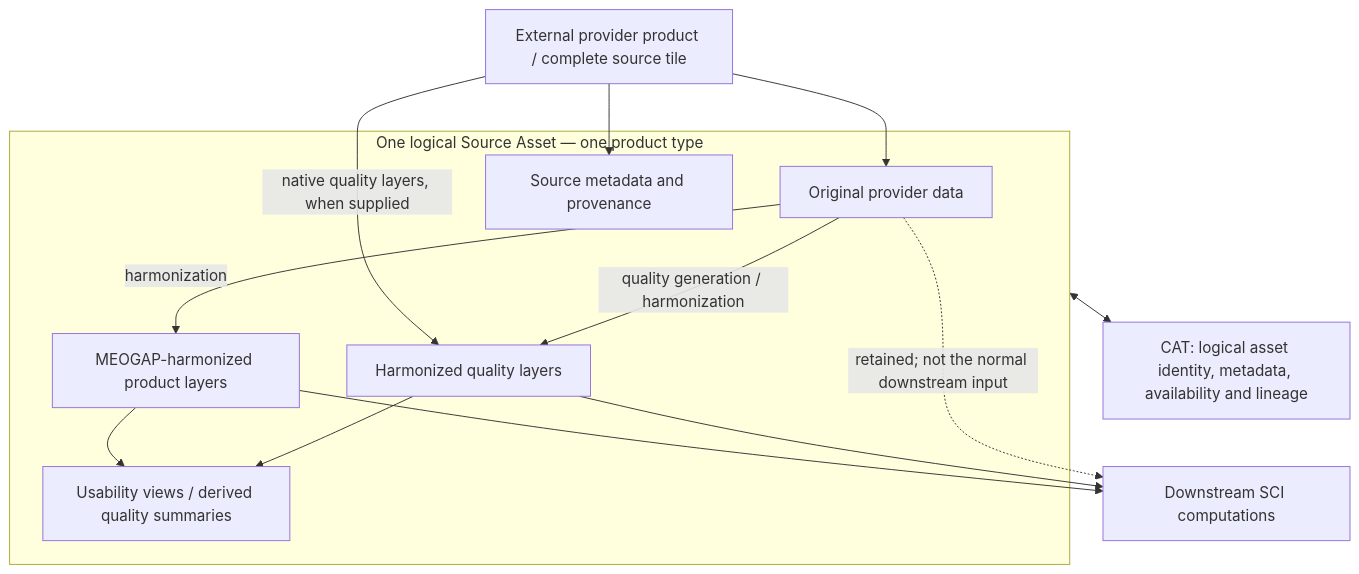
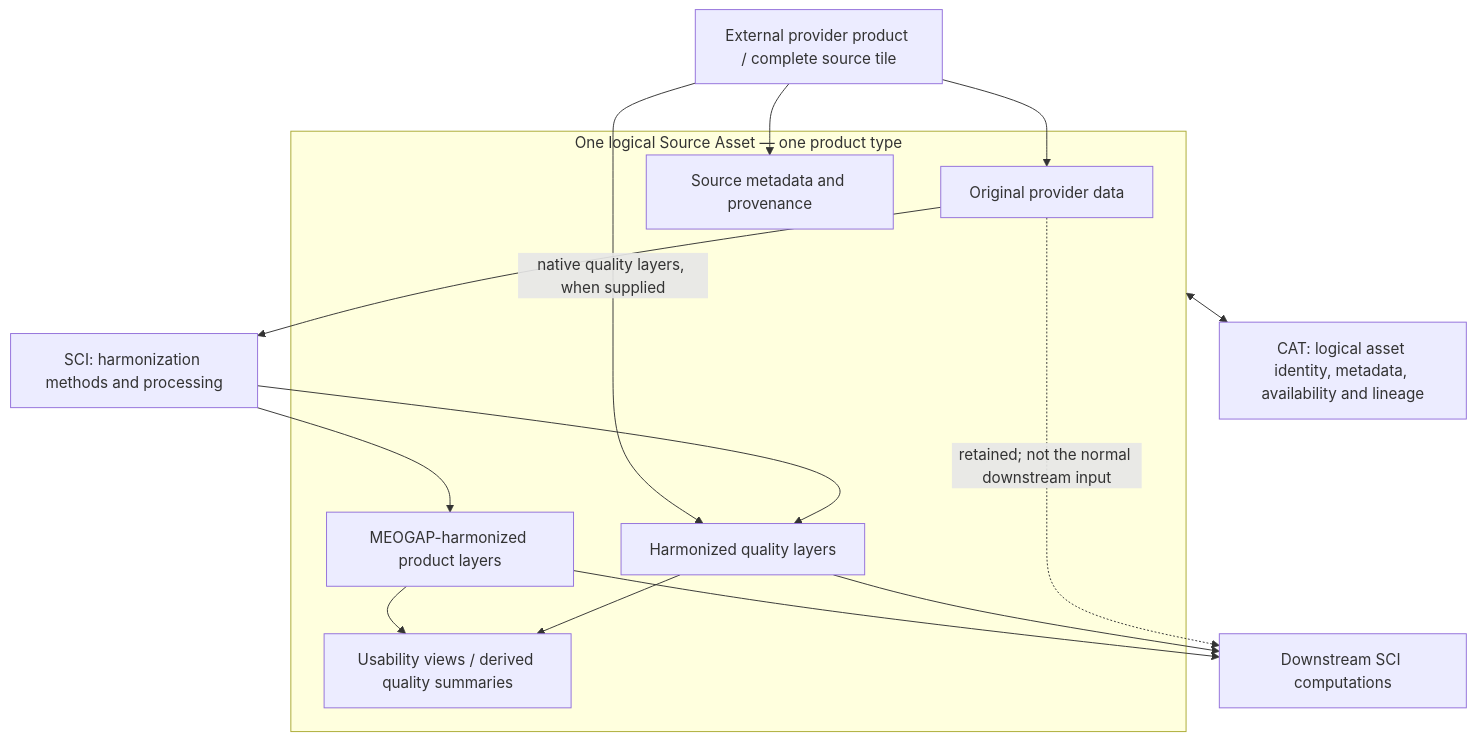
The first of 3 diagrams in documentation/architecture/catalogue-responsibilities.md (arnaudsomville/MEOGAP), drawn with Mermaid before and after one commit. The commit also changed other lines of this file, not shown here.

Commit message:
docs(architecture): assign source harmonization to SCI

````diff
--- a/documentation/architecture/catalogue-responsibilities.md
+++ b/documentation/architecture/catalogue-responsibilities.md
@@ -110,24 +114,26 @@
 ```mermaid
 flowchart TB
     P[External provider product / complete source tile]
     subgraph A["One logical Source Asset — one product type"]
       O[Original provider data]
       M[Source metadata and provenance]
       H[MEOGAP-harmonized product layers]
       Q[Harmonized quality layers]
       U[Usability views / derived quality summaries]
     end
     P --> O
     P --> M
-    O -->|harmonization| H
+    SCI[SCI: harmonization methods and processing]
+    O --> SCI
     P -->|native quality layers, when supplied| Q
-    O -->|quality generation / harmonization| Q
+    SCI --> H
+    SCI --> Q
     H --> U
     Q --> U
     CAT[CAT: logical asset identity, metadata, availability and lineage]
     A <--> CAT
     NEXT[Downstream SCI computations]
     H --> NEXT
     Q --> NEXT
     O -. retained; not the normal downstream input .-> NEXT
 ```
````
